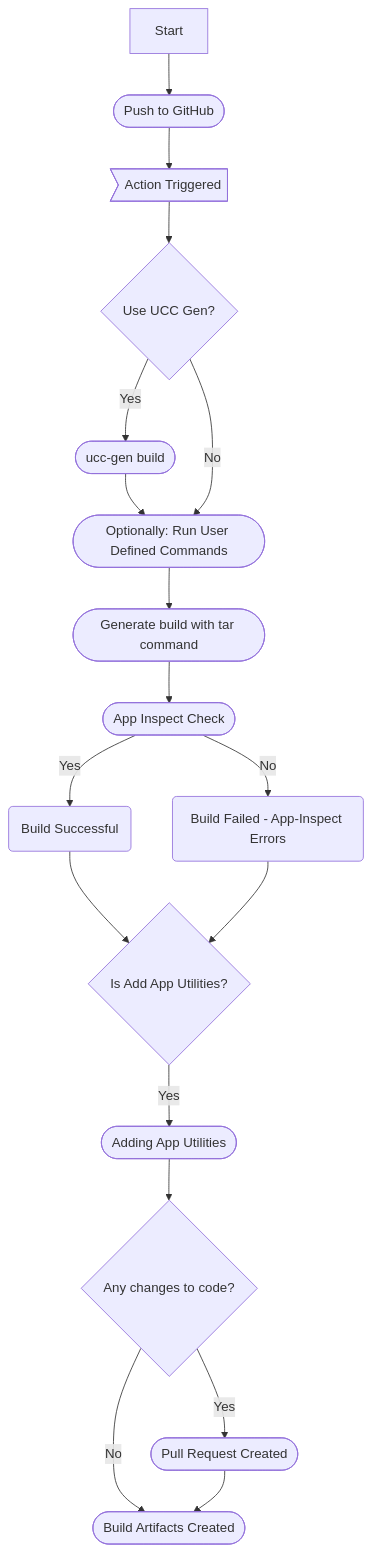
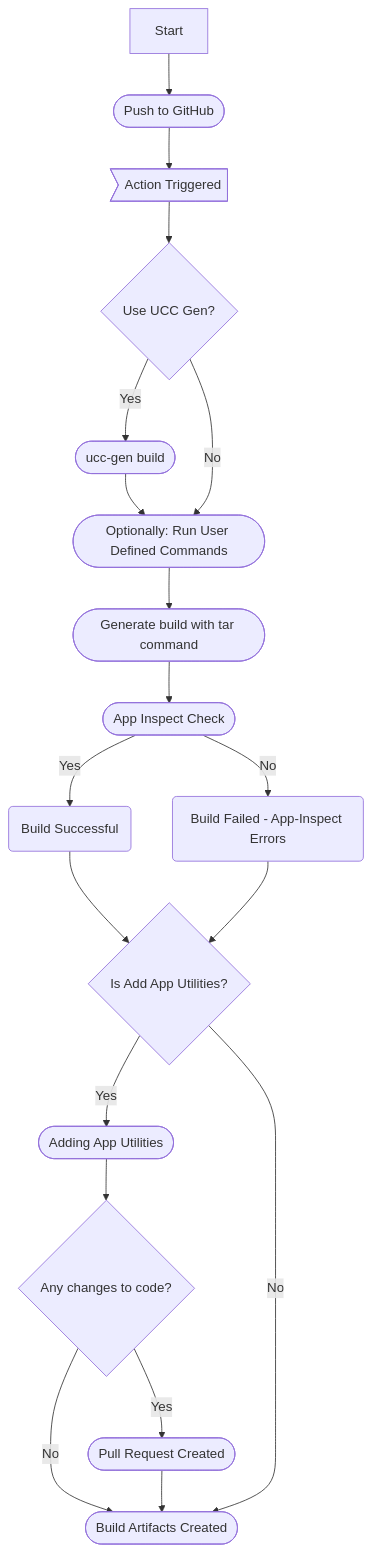
Before and after one commit to VatsalJagani/splunk-app-action: the diagram in README.md, drawn with Mermaid.

Commit message:
Minor improvement.

````diff
--- a/README.md
+++ b/README.md
@@ -11,25 +11,27 @@
 ```mermaid
 graph TD
   A[Start] --> B([Push to GitHub])
   B --> C>Action Triggered]
 
   C --> D{Use UCC Gen?}
   D --> |Yes| E([ucc-gen build])
   E --> F([Optionally: Run User Defined Commands])
 
   D --> |No| F
   F --> G([Generate build with tar command])
 
   G --> H([App Inspect Check])
   H --> |Yes| I(Build Successful)
   H --> |No| J(Build Failed - App-Inspect Errors)
 
   I --> K{Is Add App Utilities?}
   J --> K
 
   K --> |Yes| L([Adding App Utilities])
   L --> M{Any changes to code?}
   M --> |Yes| N([Pull Request Created])
   M --> |No| O([Build Artifacts Created])
   N --> O
+
+  K --> |No| O
 ```
````
